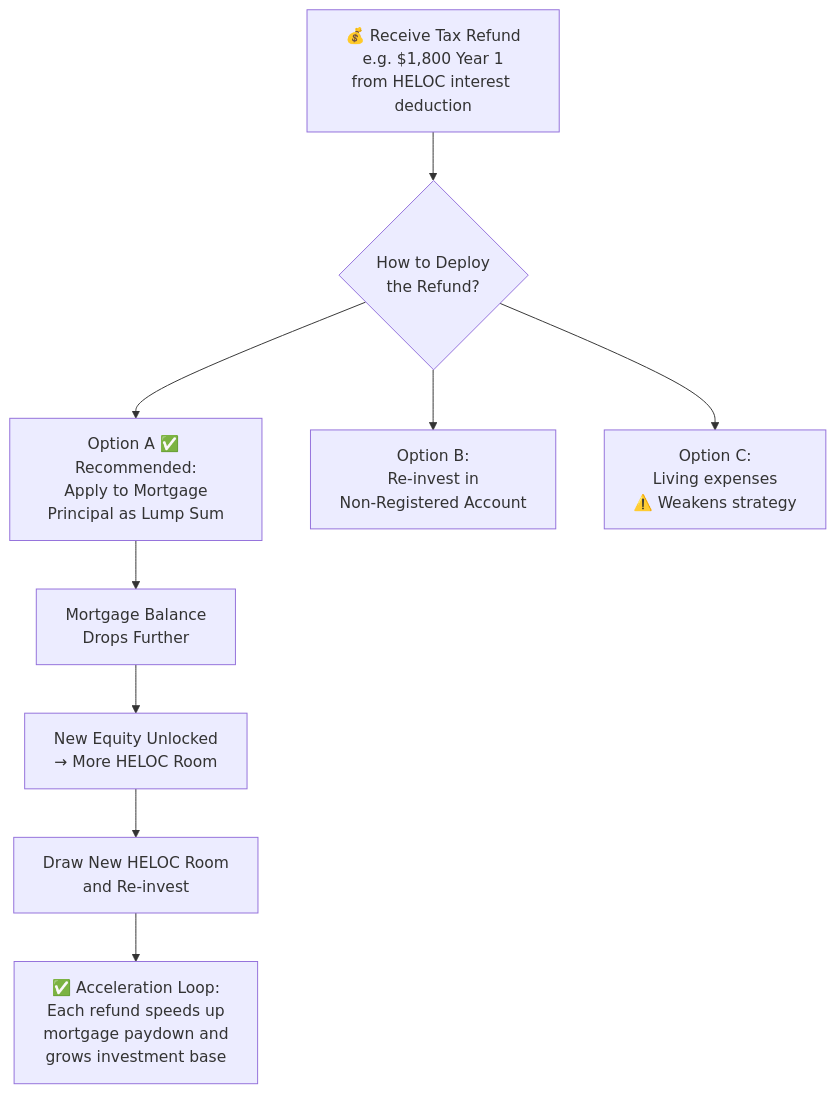
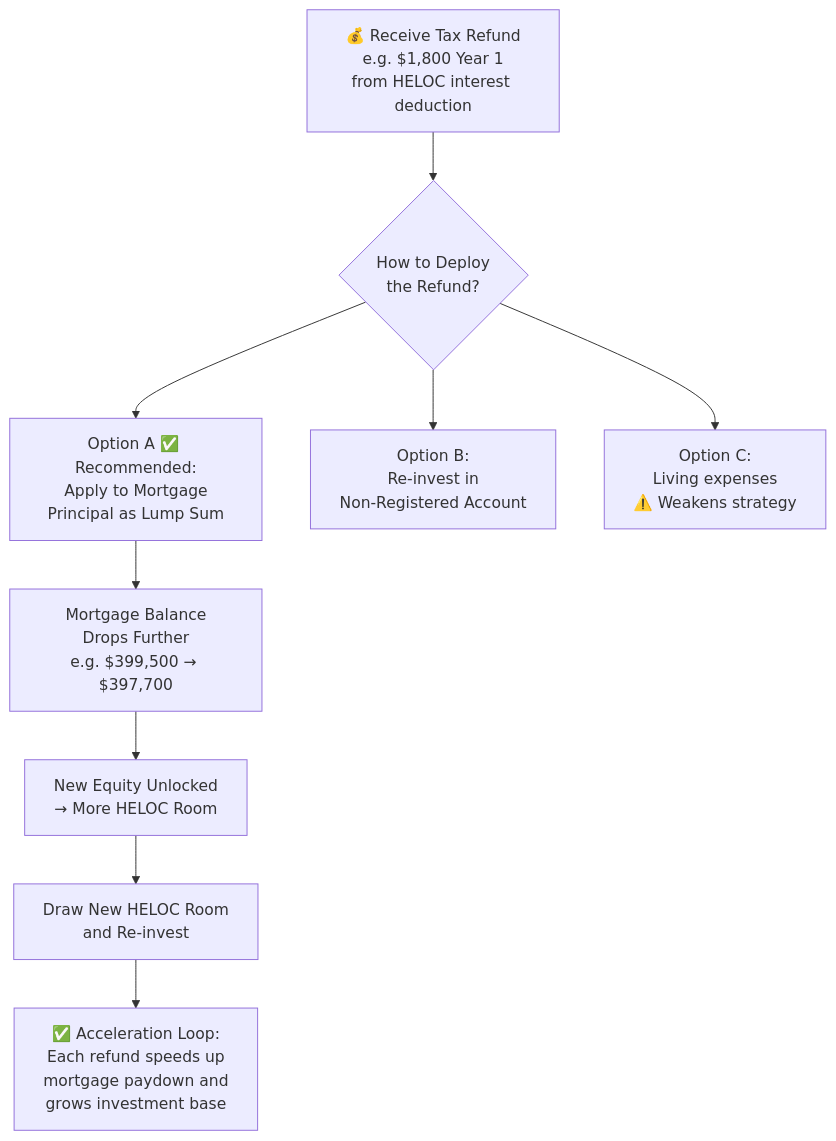
Before and after one commit to latetedemelon/SmitheManeuver: the fifth of 7 diagrams in README.md, drawn with Mermaid. The commit also changed other lines of this file, not shown here.

```diff
--- a/README.md
+++ b/README.md
@@ -477,11 +914,11 @@
       <div class="mermaid">
 flowchart TD
     A[💰 Receive Tax Refund\ne.g. $1,800 Year 1\nfrom HELOC interest deduction] --> B{How to Deploy\nthe Refund?}
     B --> C[Option A ✅ Recommended:\nApply to Mortgage\nPrincipal as Lump Sum]
     B --> D[Option B:\nRe-invest in\nNon-Registered Account]
     B --> E[Option C:\nLiving expenses\n⚠️ Weakens strategy]
-    C --> F[Mortgage Balance\nDrops Further]
+    C --> F[Mortgage Balance\nDrops Further\ne.g. $399,500 → $397,700]
     F --> G[New Equity Unlocked\n→ More HELOC Room]
     G --> H[Draw New HELOC Room\nand Re-invest]
     H --> I[✅ Acceleration Loop:\nEach refund speeds up\nmortgage paydown and\ngrows investment base]
       </div>
```
